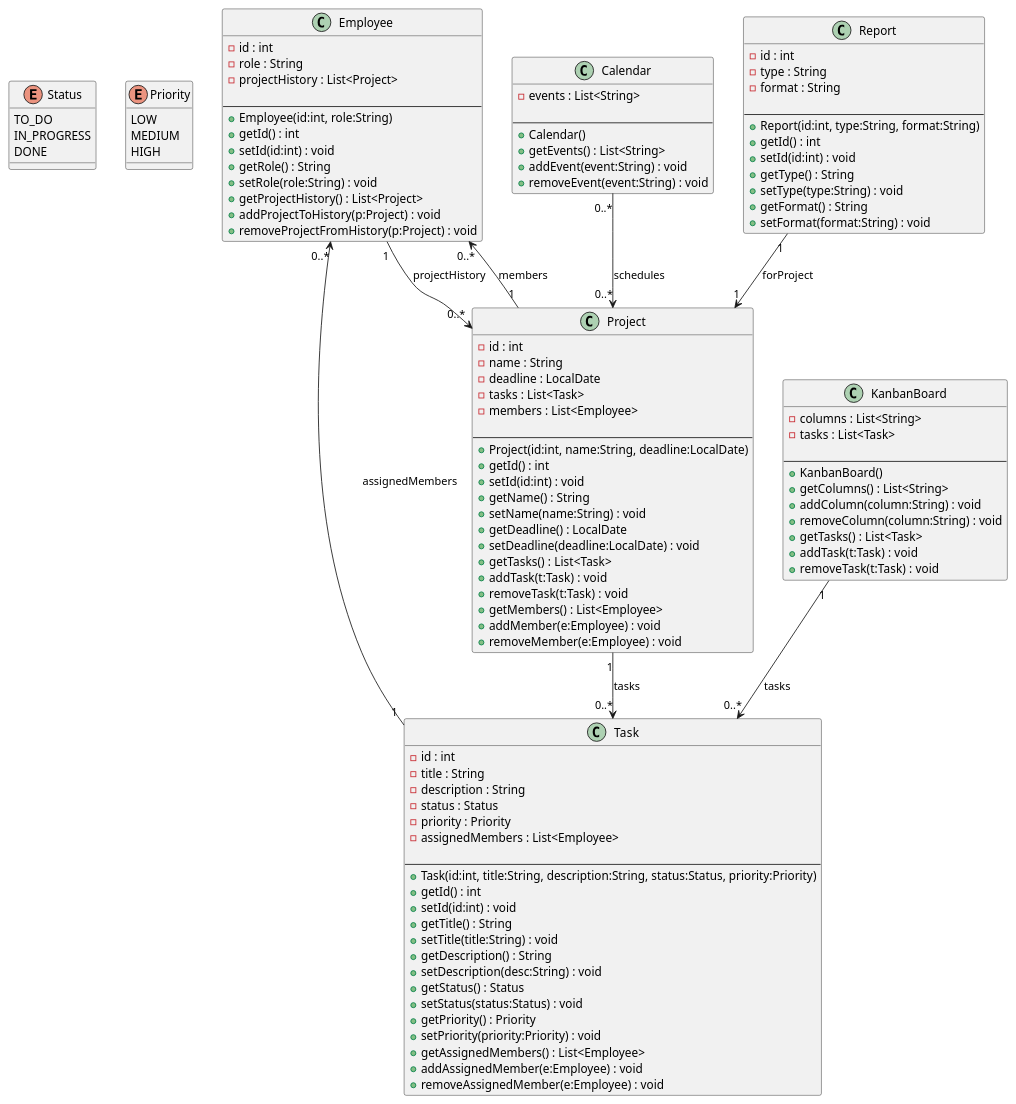
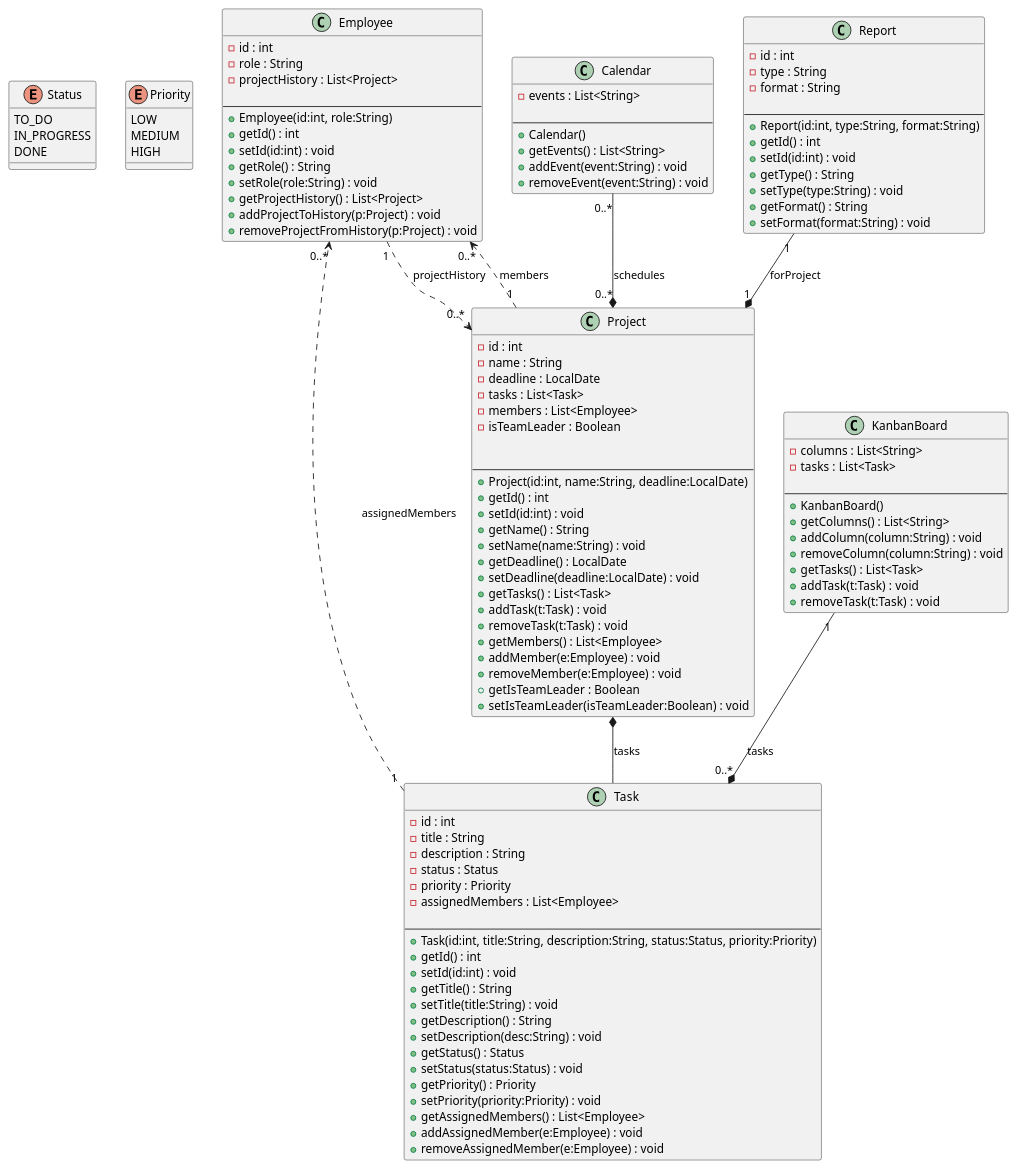
One commit to Ulyxxe/collabTaskApp changed the diagram in uml/uml1.puml. Above: the diagram before and after it, drawn with PlantUML.

Commit message:
modif uml

```diff
--- a/uml/uml1.puml
+++ b/uml/uml1.puml
@@ -1,137 +1,139 @@
 @startuml
-
 ' =========================
 '      Enumerations
 ' =========================
 enum Status {
   TO_DO
   IN_PROGRESS
   DONE
 }
 
 enum Priority {
   LOW
   MEDIUM
   HIGH
 }
 
 ' =========================
 '      Main Classes
 ' =========================
 
 class Employee {
   - id : int
   - role : String
   - projectHistory : List<Project>
 
   --
   + Employee(id:int, role:String)
   + getId() : int
   + setId(id:int) : void
   + getRole() : String
   + setRole(role:String) : void
   + getProjectHistory() : List<Project>
   + addProjectToHistory(p:Project) : void
   + removeProjectFromHistory(p:Project) : void
 }
 
 class Project {
   - id : int
   - name : String
   - deadline : LocalDate
   - tasks : List<Task>
   - members : List<Employee>
+  - isTeamLeader : Boolean
+
 
   --
   + Project(id:int, name:String, deadline:LocalDate)
   + getId() : int
   + setId(id:int) : void
   + getName() : String
   + setName(name:String) : void
   + getDeadline() : LocalDate
   + setDeadline(deadline:LocalDate) : void
   + getTasks() : List<Task>
   + addTask(t:Task) : void
   + removeTask(t:Task) : void
   + getMembers() : List<Employee>
   + addMember(e:Employee) : void
   + removeMember(e:Employee) : void
+  + getIsTeamLeader : Boolean
+  + setIsTeamLeader(isTeamLeader:Boolean) : void
 }
 
 class Task {
   - id : int
   - title : String
   - description : String
   - status : Status
   - priority : Priority
   - assignedMembers : List<Employee>
 
   --
   + Task(id:int, title:String, description:String, status:Status, priority:Priority)
   + getId() : int
   + setId(id:int) : void
   + getTitle() : String
   + setTitle(title:String) : void
   + getDescription() : String
   + setDescription(desc:String) : void
   + getStatus() : Status
   + setStatus(status:Status) : void
   + getPriority() : Priority
   + setPriority(priority:Priority) : void
   + getAssignedMembers() : List<Employee>
   + addAssignedMember(e:Employee) : void
   + removeAssignedMember(e:Employee) : void
 }
 
 class KanbanBoard {
   - columns : List<String>
   - tasks : List<Task>
 
   --
   + KanbanBoard()
   + getColumns() : List<String>
   + addColumn(column:String) : void
   + removeColumn(column:String) : void
   + getTasks() : List<Task>
   + addTask(t:Task) : void
   + removeTask(t:Task) : void
 }
 
 class Calendar {
   - events : List<String>
 
   --
   + Calendar()
   + getEvents() : List<String>
   + addEvent(event:String) : void
   + removeEvent(event:String) : void
 }
 
 class Report {
   - id : int
   - type : String
   - format : String
 
   --
   + Report(id:int, type:String, format:String)
   + getId() : int
   + setId(id:int) : void
   + getType() : String
   + setType(type:String) : void
   + getFormat() : String
   + setFormat(format:String) : void
 }
 
 ' =========================
 '     Relationships
 ' =========================
 
-Employee "1" --> "0..*" Project : projectHistory
-Project "1" --> "0..*" Task : tasks
-Project "1" --> "0..*" Employee : members
-Task "1" --> "0..*" Employee : assignedMembers
-KanbanBoard "1" --> "0..*" Task : tasks
-Calendar "0..*" --> "0..*" Project : schedules
-Report "1" --> "1" Project : forProject
-
+Employee "1" ..> "0..*" Project : projectHistory
+Project *-- Task : tasks
+Project "1" ..> "0..*" Employee : members
+Task "1" ..> "0..*" Employee : assignedMembers
+KanbanBoard "1" --* "0..*" Task : tasks
+Calendar "0..*" --* "0..*" Project : schedules
+Report "1" --* "1" Project : forProject
 @enduml
```
